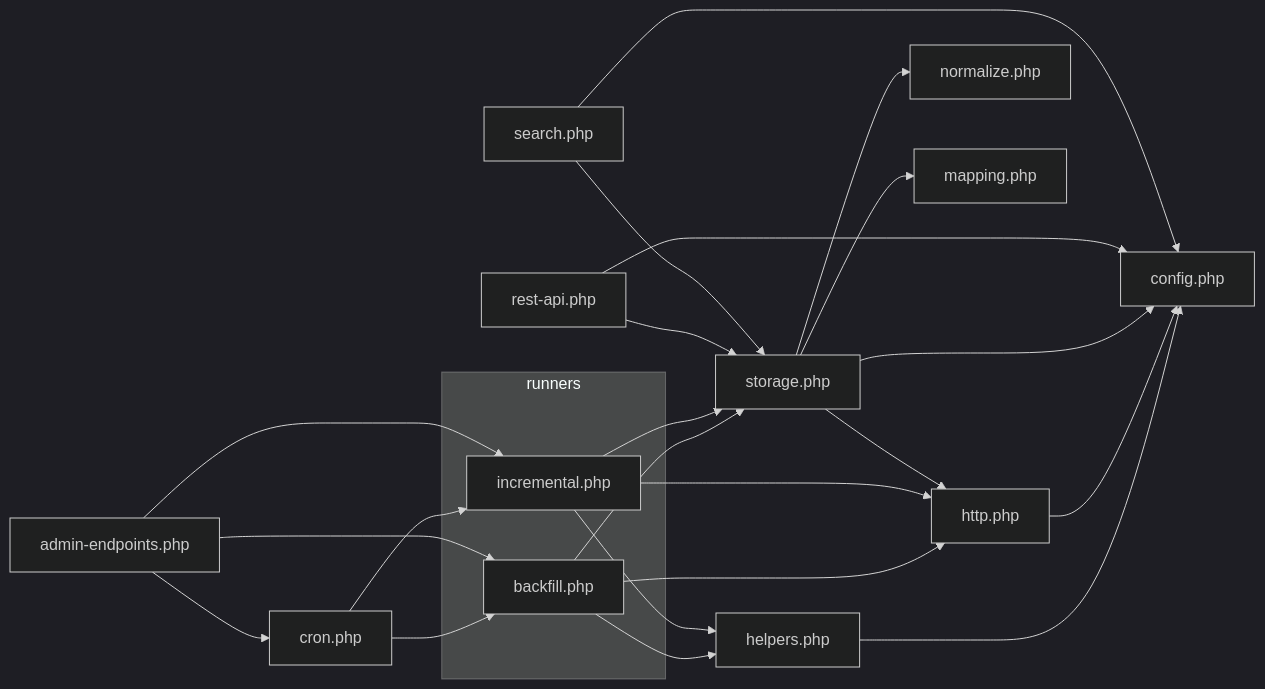
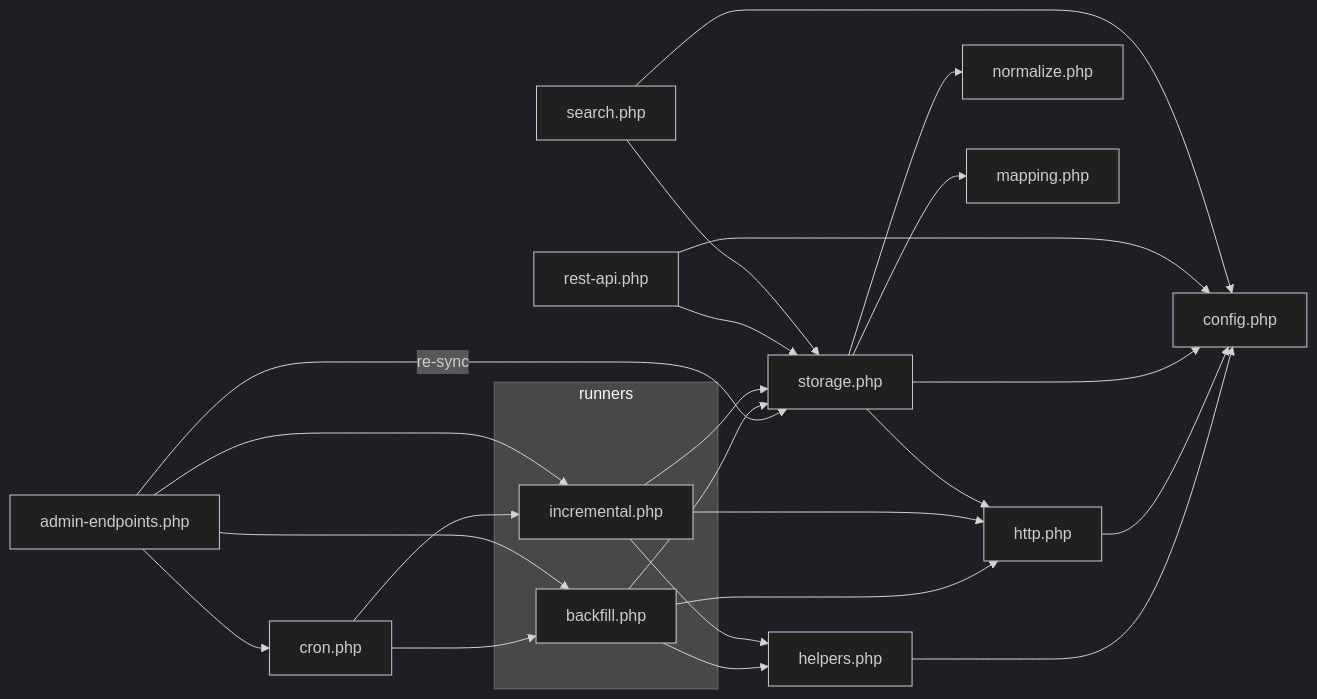
The diagram in docs/codebase/plugin/united-media-ingestor/includes/README.md (huuaho/umg-headless), drawn with Mermaid (dark theme) before and after one commit. The commit also changed other lines of this file and 29 other files, not shown here.

````diff
--- a/docs/codebase/plugin/united-media-ingestor/includes/README.md
+++ b/docs/codebase/plugin/united-media-ingestor/includes/README.md
@@ -22,28 +22,29 @@
 ```mermaid
 graph LR
   subgraph runners
     backfill[backfill.php]
     incremental[incremental.php]
   end
   cron[cron.php] --> backfill
   cron --> incremental
   admin[admin-endpoints.php] --> backfill
   admin --> incremental
   admin --> cron
+  admin -->|re-sync| storage
   backfill --> helpers[helpers.php]
   backfill --> http[http.php]
   backfill --> storage[storage.php]
   incremental --> helpers
   incremental --> http
   incremental --> storage
   storage --> normalize[normalize.php]
   storage --> mapping[mapping.php]
   storage --> http
   rest[rest-api.php] --> storage
   search[search.php] --> storage
   helpers --> config[config.php]
   http --> config
   storage --> config
   rest --> config
   search --> config
 ```
````
